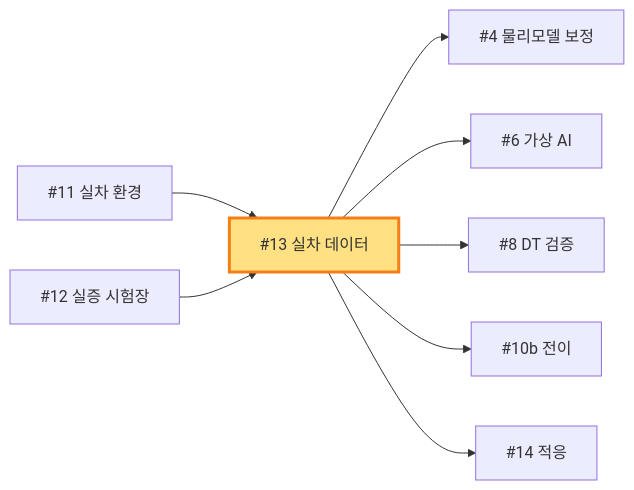
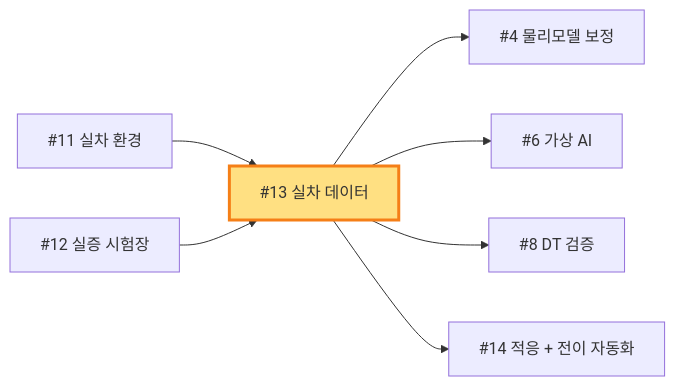
Before and after one commit to rebirther00/report: diagram 13 of 15 in 11. DT/항목별_연계_다이어그램_v1.md, drawn with Mermaid. The commit also changed other lines of this file and 4 other files, not shown here.

````diff
--- a/11. DT/항목별_연계_다이어그램_v1.md
+++ b/11. DT/항목별_연계_다이어그램_v1.md
@@ -313,13 +298,12 @@
 ```mermaid
 graph LR
     I11[#11 실차 환경] --> X
     I12[#12 실증 시험장] --> X
     
     X[#13 실차 데이터] --> I4[#4 물리모델 보정]
     X --> I6[#6 가상 AI]
     X --> I8[#8 DT 검증]
-    X --> I10b[#10b 전이]
-    X --> I14[#14 적응]
+    X --> I14[#14 적응 + 전이 자동화]
     
     style X fill:#FFE082,stroke:#F57F17,stroke-width:3px
 ```
````
